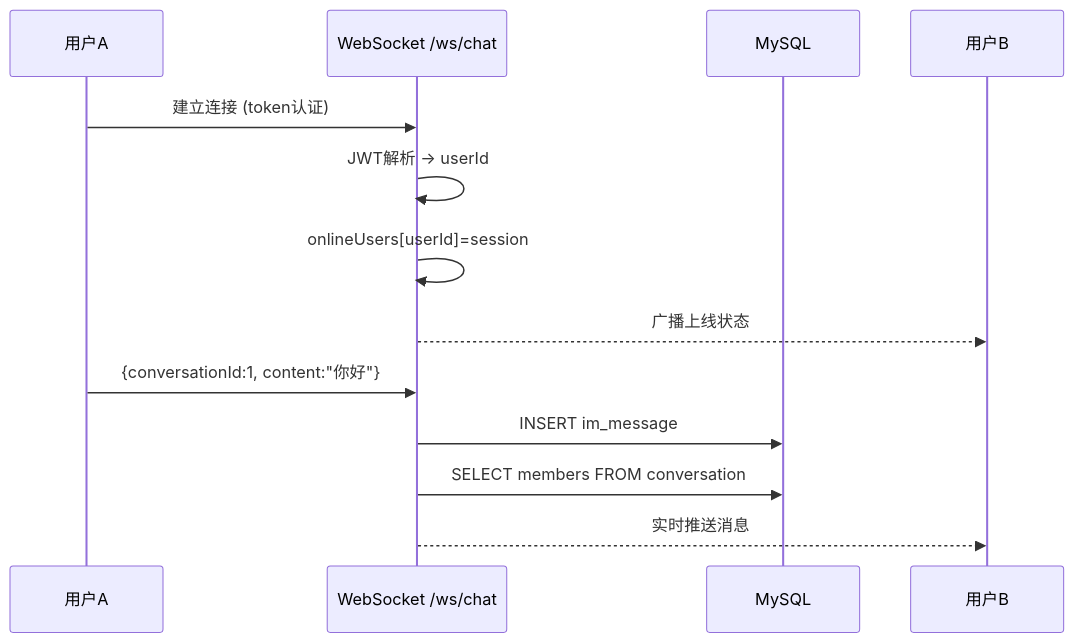
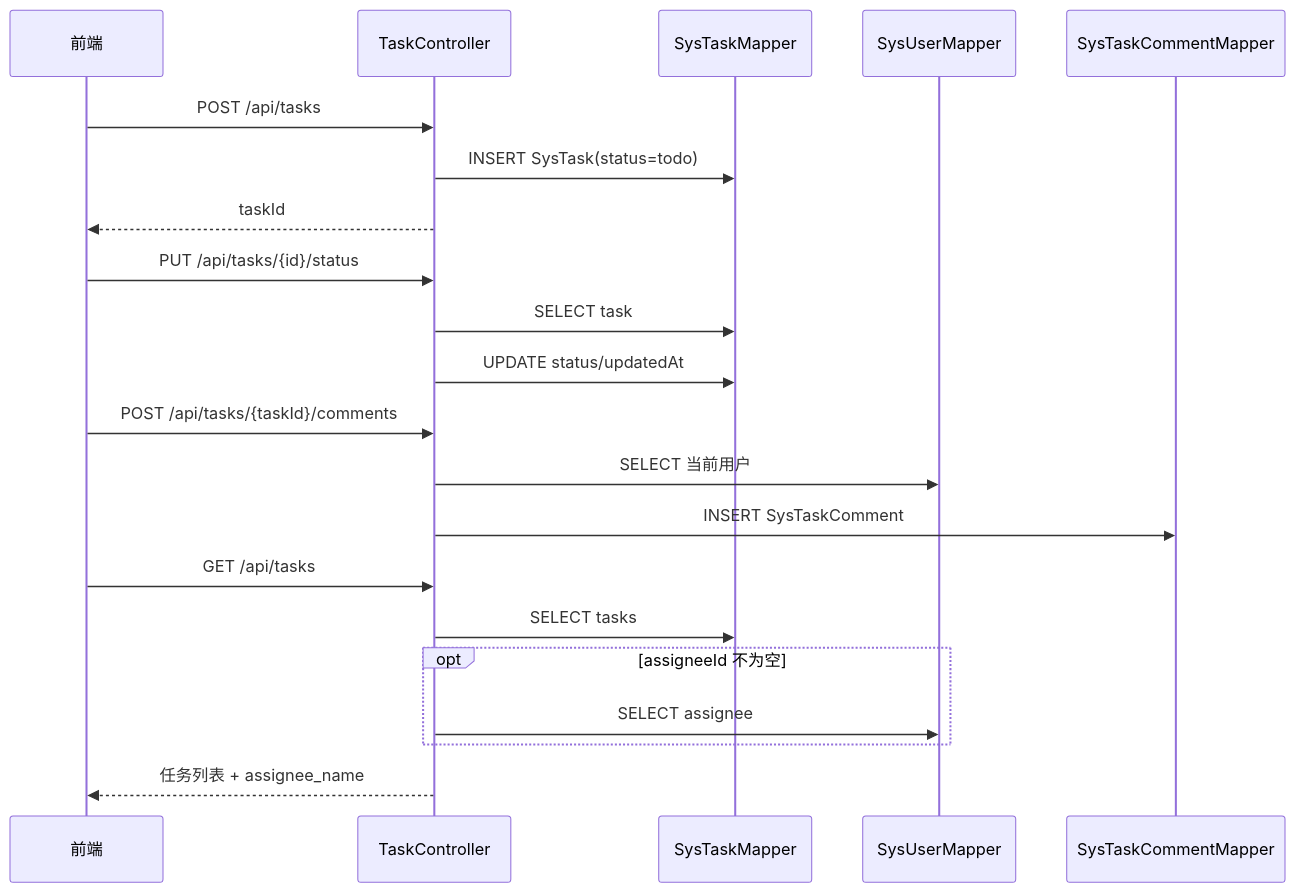
One commit to ZjlShenshiqing/EnterpriseKnowledgeWorkspace changed the eighth of 12 diagrams in docs/collaboration-service-code-analysis.md. Above: the diagram before and after it, drawn with Mermaid. The commit also changed other lines of this file and 26 other files, not shown here.

````diff
--- a/docs/collaboration-service-code-analysis.md
+++ b/docs/collaboration-service-code-analysis.md
@@ -268,17 +412,27 @@
 ```mermaid
 sequenceDiagram
-    participant U1 as 用户A
-    participant WS as WebSocket /ws/chat
-    participant DB as MySQL
-    participant U2 as 用户B
+    participant FE as 前端
+    participant CTL as TaskController
+    participant TASK as SysTaskMapper
+    participant USER as SysUserMapper
+    participant CMT as SysTaskCommentMapper
 
-    U1->>WS: 建立连接 (token认证)
-    WS->>WS: JWT解析 → userId
-    WS->>WS: onlineUsers[userId]=session
-    WS-->>U2: 广播上线状态
+    FE->>CTL: POST /api/tasks
+    CTL->>TASK: INSERT SysTask(status=todo)
+    CTL-->>FE: taskId
 
-    U1->>WS: {conversationId:1, content:"你好"}
-    WS->>DB: INSERT im_message
-    WS->>DB: SELECT members FROM conversation
-    WS-->>U2: 实时推送消息
+    FE->>CTL: PUT /api/tasks/{id}/status
+    CTL->>TASK: SELECT task
+    CTL->>TASK: UPDATE status/updatedAt
+
+    FE->>CTL: POST /api/tasks/{taskId}/comments
+    CTL->>USER: SELECT 当前用户
+    CTL->>CMT: INSERT SysTaskComment
+
+    FE->>CTL: GET /api/tasks
+    CTL->>TASK: SELECT tasks
+    opt assigneeId 不为空
+        CTL->>USER: SELECT assignee
+    end
+    CTL-->>FE: 任务列表 + assignee_name
 ```
````
